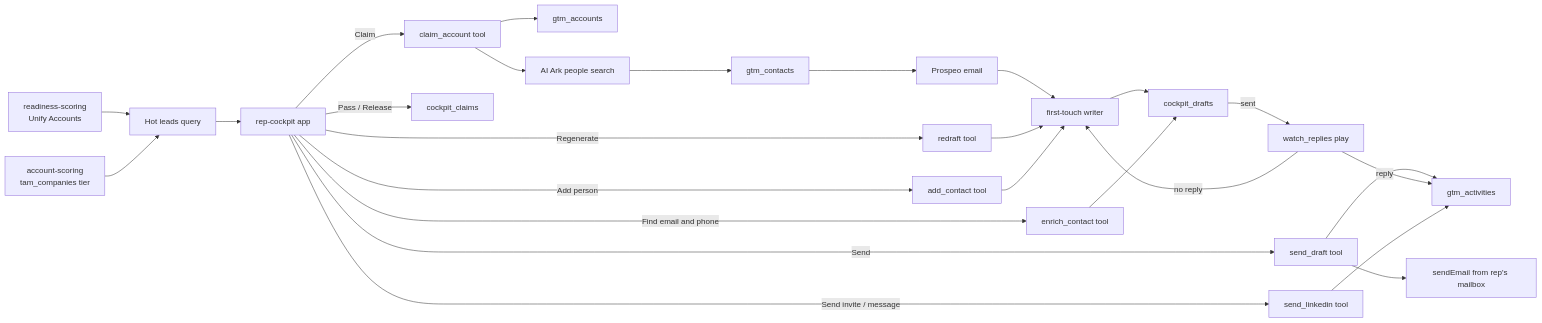
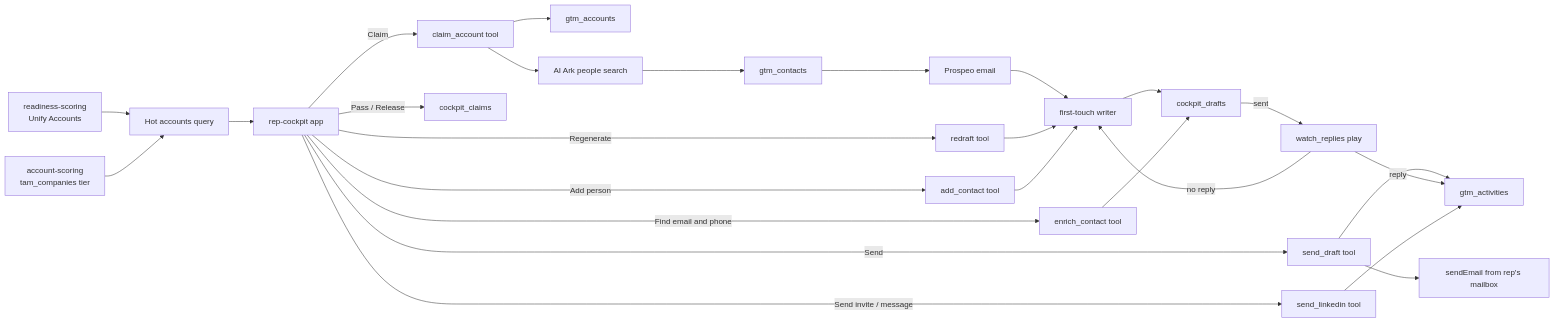
The diagram in rep-cockpit/README.md (getcargohq/gtm-skills), drawn with Mermaid before and after one commit. The commit also changed other lines of this file and 30 other files, not shown here.

First line of the commit message:
rep-cockpit: Hot accounts, a per-person angle, workspace and rep in the sidebar

````diff
--- a/rep-cockpit/README.md
+++ b/rep-cockpit/README.md
@@ -61,22 +61,22 @@
 ```mermaid
 flowchart LR
-  ra[readiness-scoring<br/>Unify Accounts] --> q[Hot leads query]
+  ra[readiness-scoring<br/>Unify Accounts] --> q[Hot accounts query]
   as[account-scoring<br/>tam_companies tier] --> q
   q --> app[rep-cockpit app]
   app -- Claim --> claim[claim_account tool]
   claim --> acc[gtm_accounts]
   claim --> ppl[AI Ark people search] --> con[gtm_contacts]
   con --> mail[Prospeo email] --> w[first-touch writer] --> d[cockpit_drafts]
   app -- Send --> send[send_draft tool]
   send --> se[sendEmail from rep's mailbox]
   send --> act[gtm_activities]
   d -- sent --> watch[watch_replies play]
   watch -- reply --> act
   watch -- no reply --> w
   app -- Regenerate --> rd[redraft tool] --> w
   app -- Find email and phone --> en[enrich_contact tool] --> d
   app -- Add person --> ac[add_contact tool] --> w
   app -- Send invite / message --> li[send_linkedin tool]
   li --> act
   app -- Pass / Release --> cl[cockpit_claims]
 ```
````
